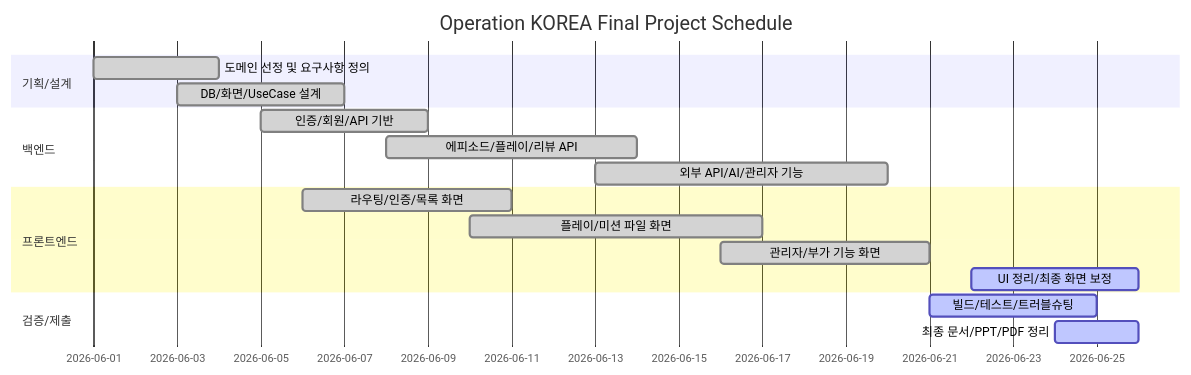
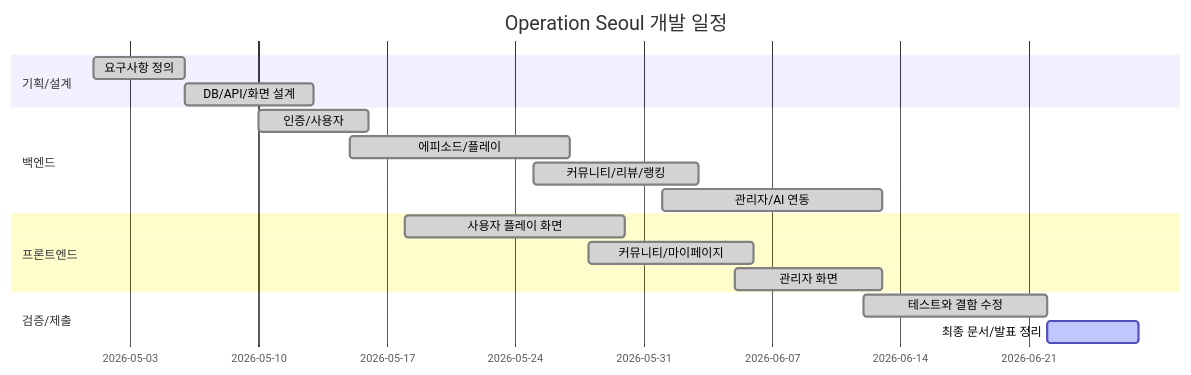
Before and after one commit to kanghyunsoon/operation-seoul: the diagram in docs/03_WBS_AND_GANTT.md, drawn with Mermaid. The commit also changed other lines of this file and 41 other files, not shown here.

````diff
--- a/docs/03_WBS_AND_GANTT.md
+++ b/docs/03_WBS_AND_GANTT.md
@@ -36,20 +29,20 @@
 ```mermaid
 gantt
-  title Operation KOREA Final Project Schedule
-  dateFormat  YYYY-MM-DD
-  section 기획/설계
-  도메인 선정 및 요구사항 정의 :done, req, 2026-06-01, 3d
-  DB/화면/UseCase 설계 :done, design, 2026-06-03, 4d
-  section 백엔드
-  인증/회원/API 기반 :done, be1, 2026-06-05, 4d
-  에피소드/플레이/리뷰 API :done, be2, 2026-06-08, 6d
-  외부 API/AI/관리자 기능 :done, be3, 2026-06-13, 7d
-  section 프론트엔드
-  라우팅/인증/목록 화면 :done, fe1, 2026-06-06, 5d
-  플레이/미션 파일 화면 :done, fe2, 2026-06-10, 7d
-  관리자/부가 기능 화면 :done, fe3, 2026-06-16, 5d
-  UI 정리/최종 화면 보정 :active, fe4, 2026-06-22, 4d
-  section 검증/제출
-  빌드/테스트/트러블슈팅 :active, test, 2026-06-21, 4d
-  최종 문서/PPT/PDF 정리 :active, docs, 2026-06-24, 2d
+    title Operation Seoul 개발 일정
+    dateFormat  YYYY-MM-DD
+    section 기획/설계
+    요구사항 정의              :done,    req, 2026-05-01, 5d
+    DB/API/화면 설계           :done,    des, 2026-05-06, 7d
+    section 백엔드
+    인증/사용자                :done,    be1, 2026-05-10, 6d
+    에피소드/플레이             :done,    be2, 2026-05-15, 12d
+    커뮤니티/리뷰/랭킹          :done,    be3, 2026-05-25, 9d
+    관리자/AI 연동              :done,    be4, 2026-06-01, 12d
+    section 프론트엔드
+    사용자 플레이 화면          :done,    fe1, 2026-05-18, 12d
+    커뮤니티/마이페이지          :done,    fe2, 2026-05-28, 9d
+    관리자 화면                 :done,    fe3, 2026-06-05, 8d
+    section 검증/제출
+    테스트와 결함 수정           :done,    qa, 2026-06-12, 10d
+    최종 문서/발표 정리          :active,  doc, 2026-06-22, 5d
 ```
````
